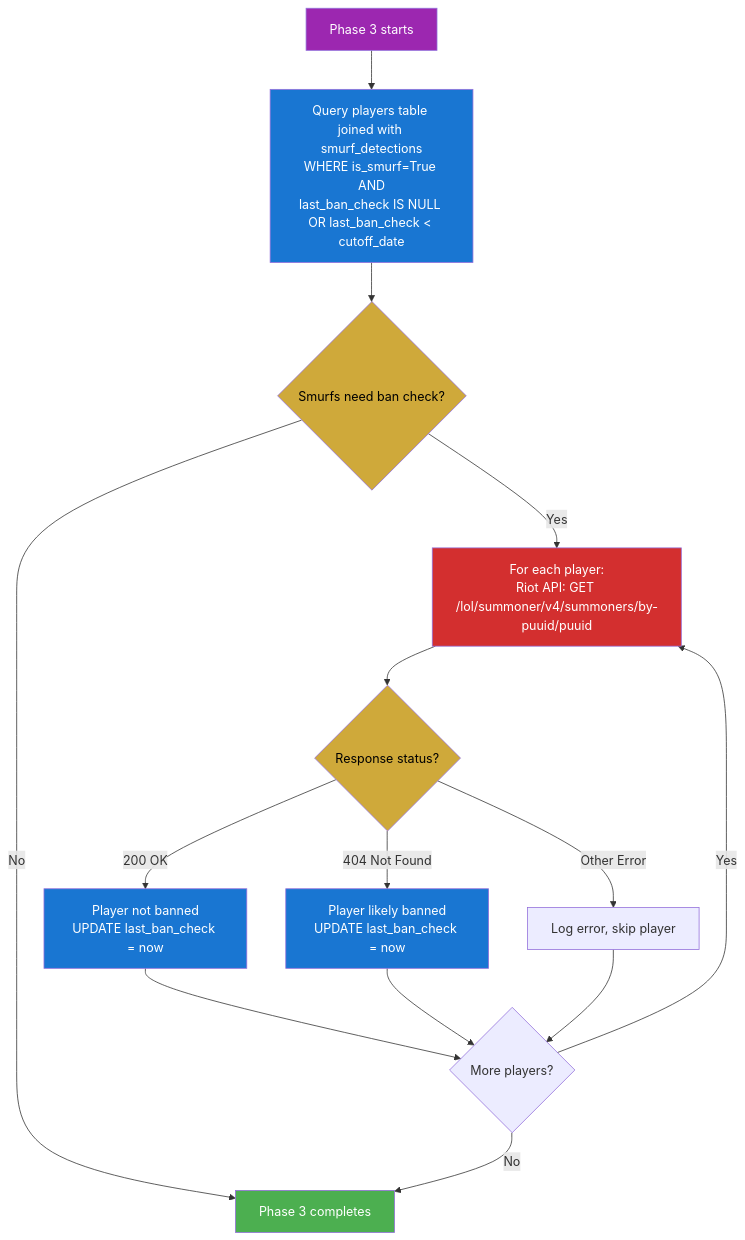
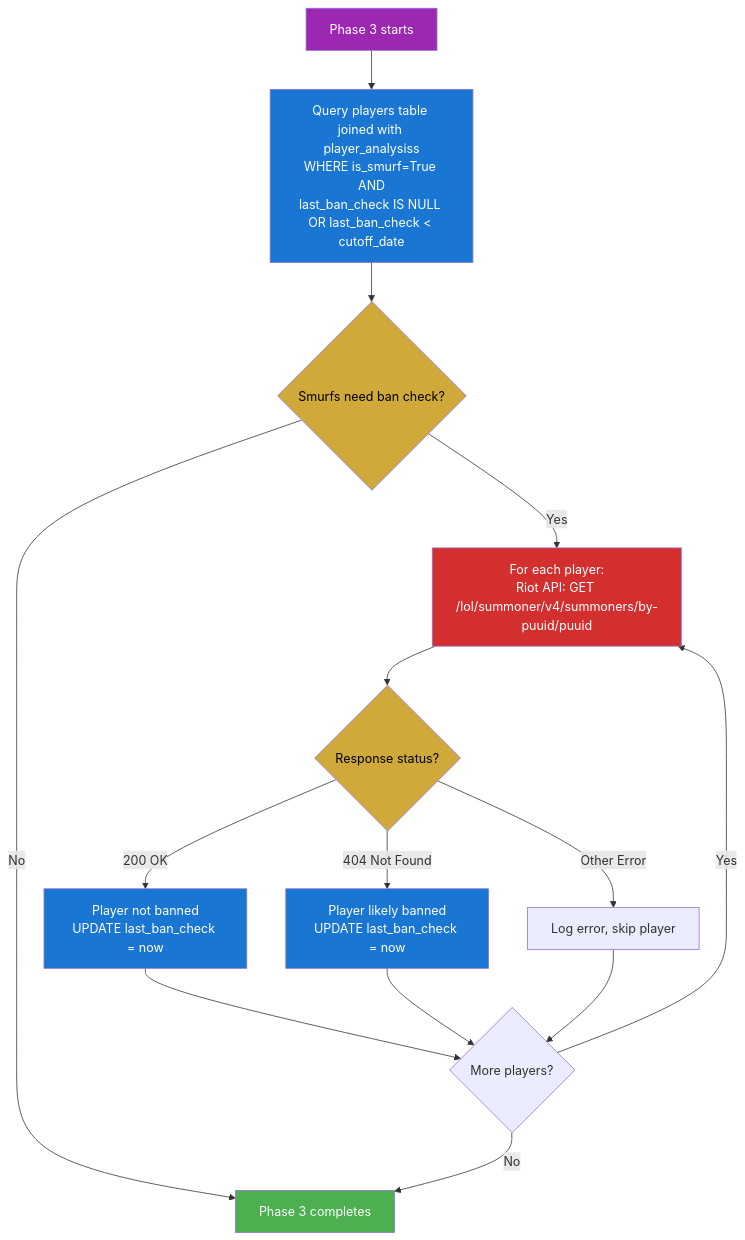
One commit to SlanyCukr/riot-api-project changed the fourth of 12 diagrams in docs/docs/jobs.md. Above: the diagram before and after it, drawn with Mermaid. The commit also changed other lines of this file and 51 other files, not shown here.

````diff
--- a/docs/docs/jobs.md
+++ b/docs/docs/jobs.md
@@ -88,25 +88,25 @@
 ```mermaid
 flowchart TD
-    A[Phase 3 starts] --> B[Query players table joined with smurf_detections<br/>WHERE is_smurf=True AND<br/>last_ban_check IS NULL OR last_ban_check < cutoff_date]
+    A[Phase 3 starts] --> B[Query players table joined with player_analysiss<br/>WHERE is_smurf=True AND<br/>last_ban_check IS NULL OR last_ban_check < cutoff_date]
     B --> C{Smurfs need ban check?}
     C -- Yes --> D[For each player:<br/>Riot API: GET /lol/summoner/v4/summoners/by-puuid/puuid]
     C -- No --> E[Phase 3 completes]
     D --> F{Response status?}
     F -- 200 OK --> G[Player not banned<br/>UPDATE last_ban_check = now]
     F -- 404 Not Found --> H[Player likely banned<br/>UPDATE last_ban_check = now]
     F -- Other Error --> I[Log error, skip player]
     G --> J{More players?}
     H --> J
     I --> J
     J -- Yes --> D
     J -- No --> E
 
     style A fill:#9c27b0,color:#ffffff
     style B fill:#1976d2,color:#ffffff
     style C fill:#cfa93a,color:#000000
     style D fill:#d32f2f,color:#ffffff
     style E fill:#4caf50,color:#ffffff
     style F fill:#cfa93a,color:#000000
     style G fill:#1976d2,color:#ffffff
     style H fill:#1976d2,color:#ffffff
 ```
````
